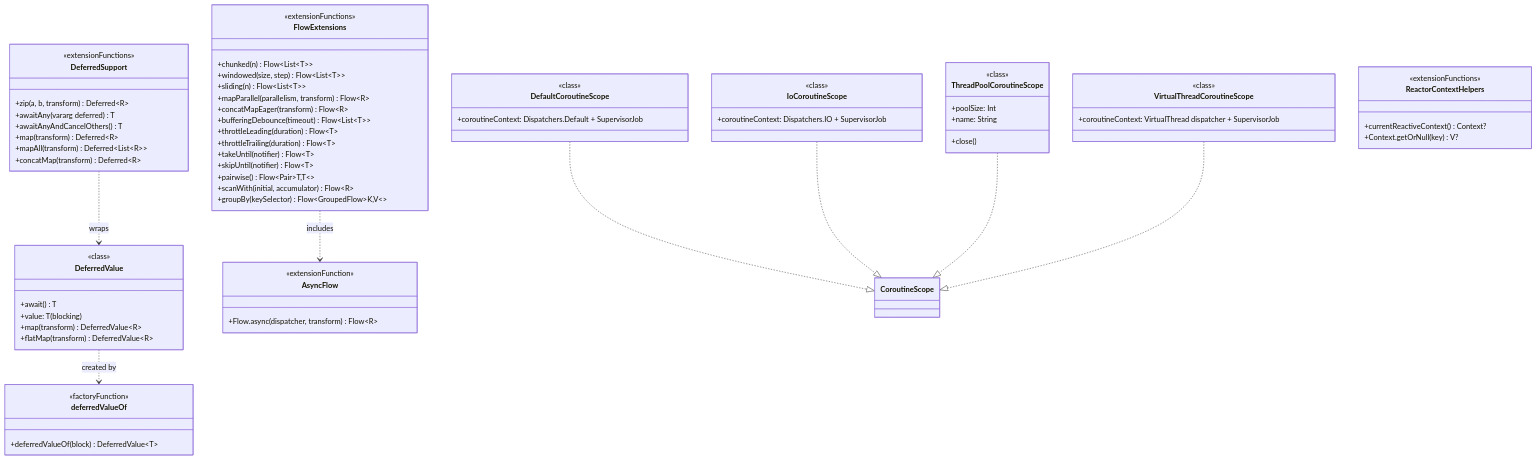
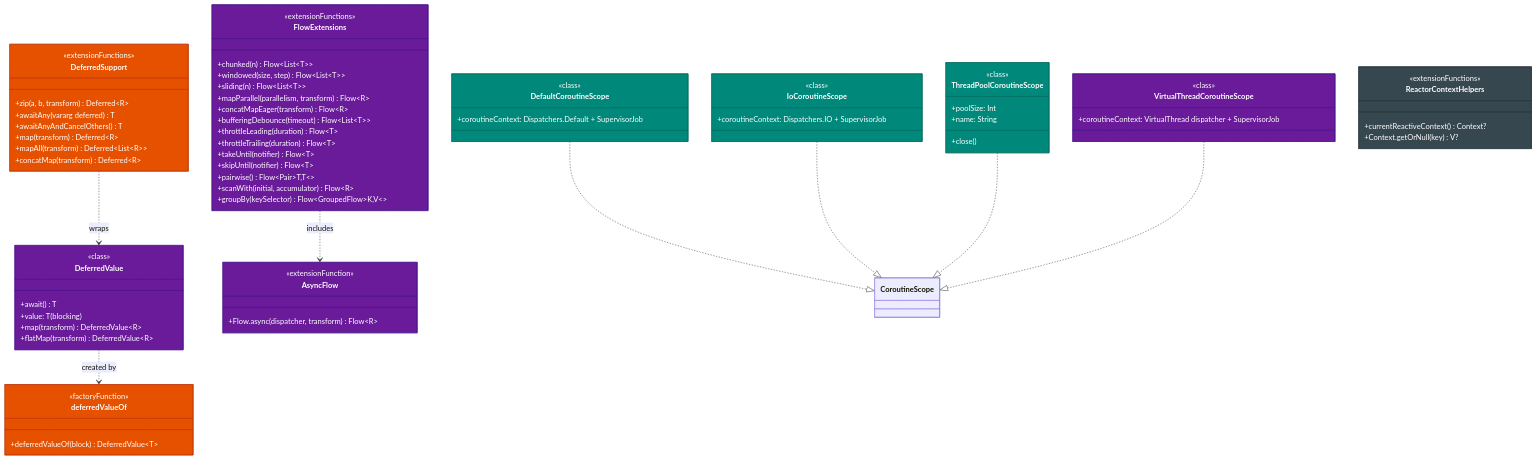
Before and after one commit to bluetape4k/bluetape4k-projects: the second of 16 diagrams in bluetape4k/coroutines/README.md, drawn with Mermaid. The commit also changed other lines of this file and 221 other files, not shown here.

First line of the commit message:
docs: 전체 모듈 README UML 다이어그램 보강 및 색상 업그레이드

````diff
--- a/bluetape4k/coroutines/README.md
+++ b/bluetape4k/coroutines/README.md
@@ -122,4 +135,15 @@
     VirtualThreadCoroutineScope ..|> CoroutineScope
     FlowExtensions ..> AsyncFlow : includes
 
+    style DeferredValue fill:#6A1B9A,stroke:#4A148C,color:#FFFFFF
+    style deferredValueOf fill:#E65100,stroke:#BF360C,color:#FFFFFF
+    style DeferredSupport fill:#E65100,stroke:#BF360C,color:#FFFFFF
+    style DefaultCoroutineScope fill:#00897B,stroke:#00695C,color:#FFFFFF
+    style IoCoroutineScope fill:#00897B,stroke:#00695C,color:#FFFFFF
+    style ThreadPoolCoroutineScope fill:#00897B,stroke:#00695C,color:#FFFFFF
+    style VirtualThreadCoroutineScope fill:#6A1B9A,stroke:#4A148C,color:#FFFFFF
+    style FlowExtensions fill:#6A1B9A,stroke:#4A148C,color:#FFFFFF
+    style AsyncFlow fill:#6A1B9A,stroke:#4A148C,color:#FFFFFF
+    style ReactorContextHelpers fill:#37474F,stroke:#263238,color:#FFFFFF
+
 ```
````
